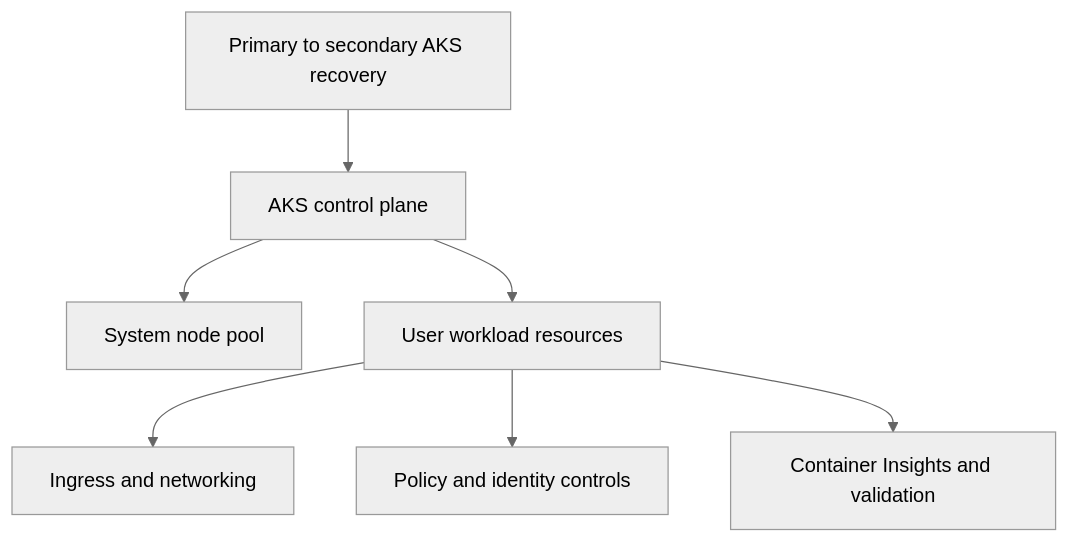
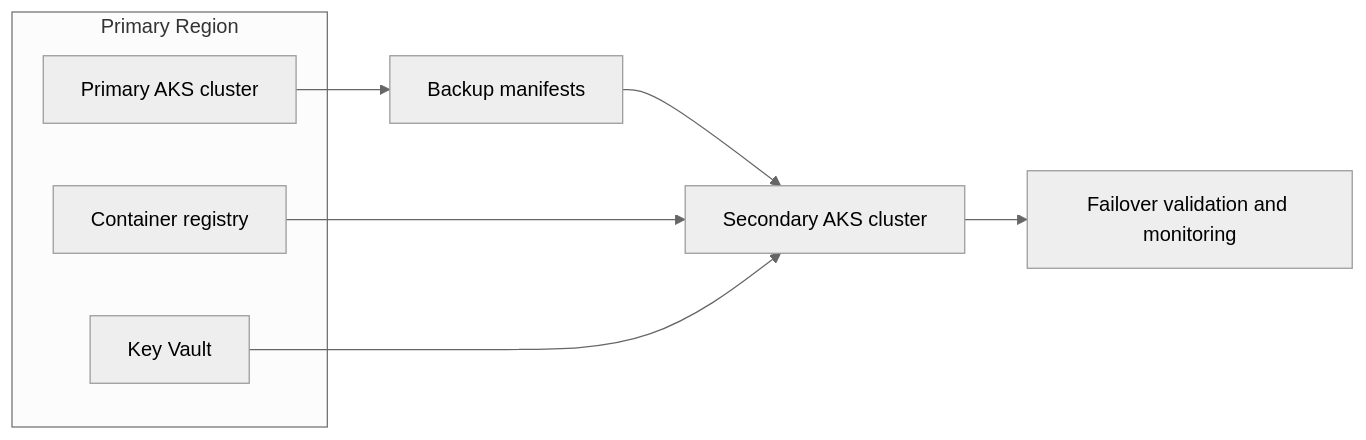
Before and after one commit to yeongseon/azure-kubernetes-service-practical-guide: the diagram in docs/tutorials/lab-guides/lab-05-aks-disaster-recovery.md, drawn with Mermaid (neutral theme). The commit also changed other lines of this file and 66 other files, not shown here.

First line of the commit message:
feat: add MSLearn source attribution to all 69 mermaid diagrams

````diff
--- a/docs/tutorials/lab-guides/lab-05-aks-disaster-recovery.md
+++ b/docs/tutorials/lab-guides/lab-05-aks-disaster-recovery.md
@@ -20,9 +35,13 @@
 ```mermaid
-flowchart TD
-    A[Primary to secondary AKS recovery] --> B[AKS control plane]
-    B --> C[System node pool]
-    B --> D[User workload resources]
-    D --> E[Ingress and networking]
-    D --> F[Policy and identity controls]
-    D --> G[Container Insights and validation]
+flowchart LR
+    subgraph Primary Region
+        PRIMARY[Primary AKS cluster]
+        ACR[Container registry]
+        KV[Key Vault]
+    end
+    PRIMARY --> BACKUP[Backup manifests]
+    BACKUP --> SECONDARY[Secondary AKS cluster]
+    ACR --> SECONDARY
+    KV --> SECONDARY
+    SECONDARY --> MON[Failover validation and monitoring]
 ```
````
